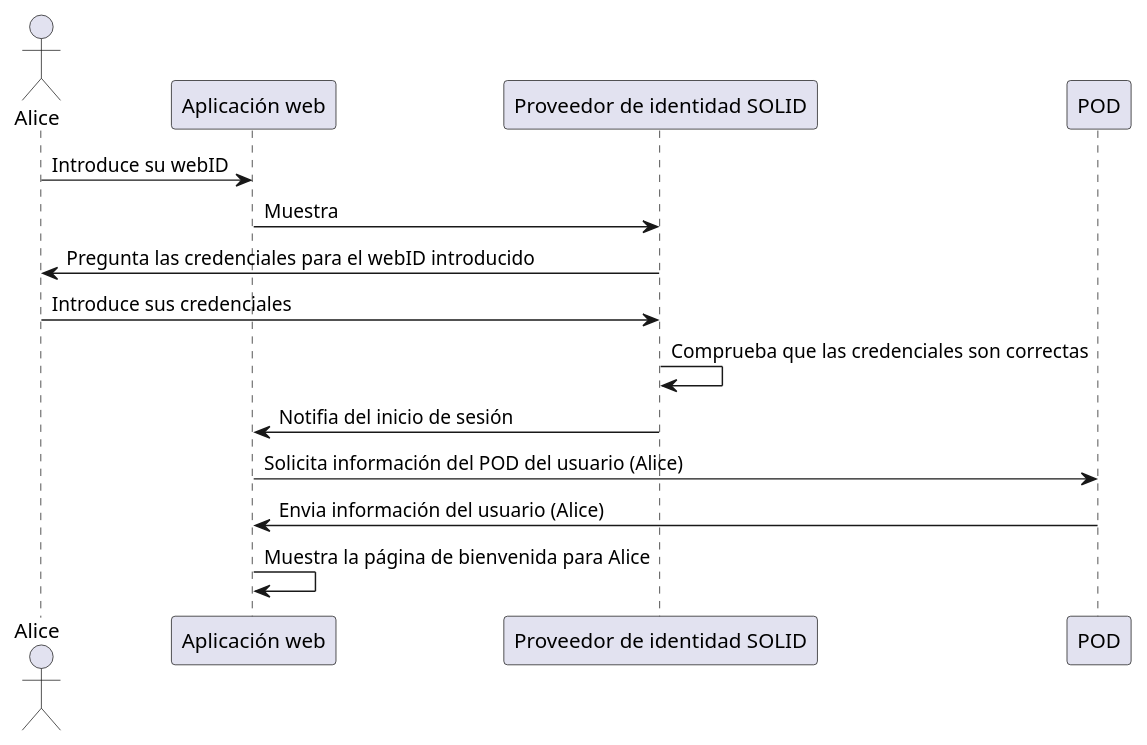
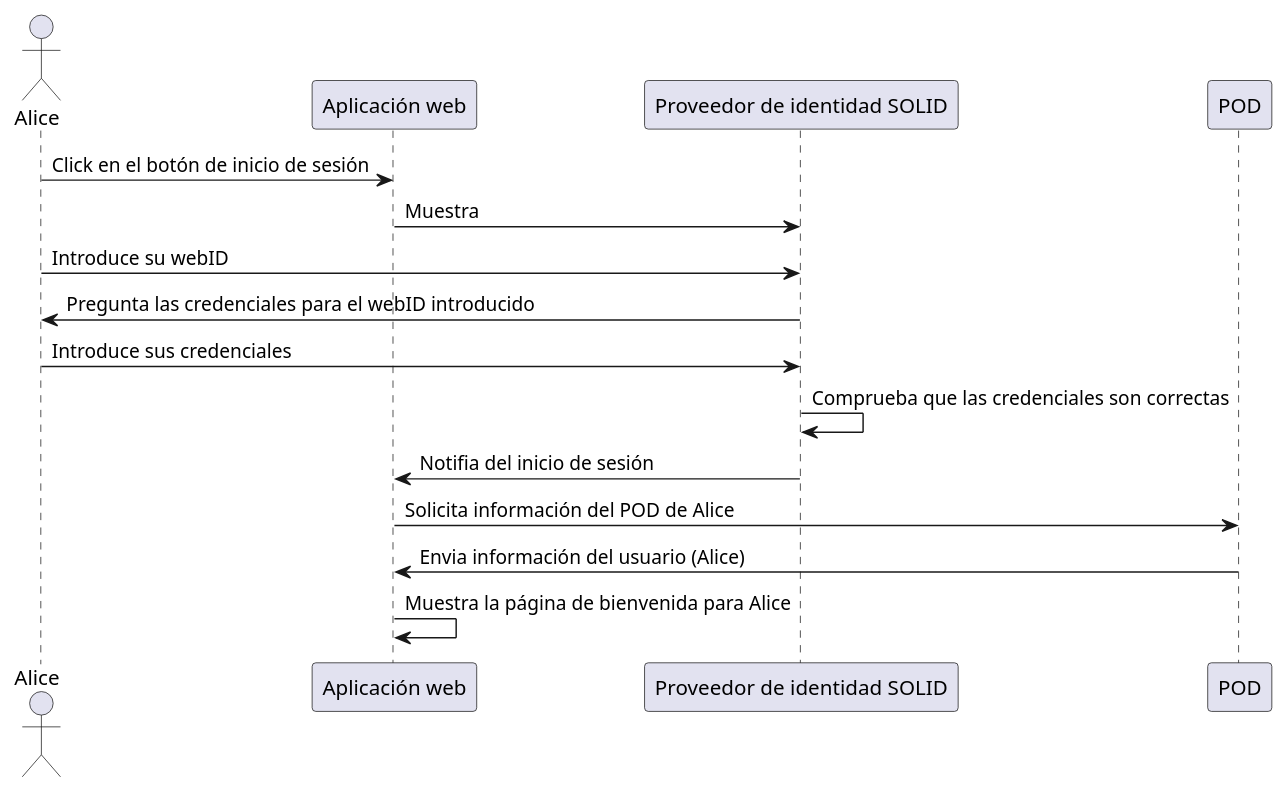
One commit to Arquisoft/radarin_es4b changed the first of 7 diagrams in webapp/docs/06_runtime_view.adoc. Above: the diagram before and after it, drawn with PlantUML.

Commit message:
Actualización diagrama inicio de sesión (web) documentación

```diff
--- a/webapp/docs/06_runtime_view.adoc
+++ b/webapp/docs/06_runtime_view.adoc
@@ -9,16 +9,17 @@
 [plantuml,"Iniciar sesión app web",png]
 ----
 actor Alice
 participant "Aplicación web"
 participant "Proveedor de identidad SOLID"
 participant "POD"
-Alice -> "Aplicación web": Introduce su webID
+Alice -> "Aplicación web": Click en el botón de inicio de sesión
 "Aplicación web" -> "Proveedor de identidad SOLID": Muestra
+Alice -> "Proveedor de identidad SOLID": Introduce su webID
 "Proveedor de identidad SOLID" -> "Alice": Pregunta las credenciales para el webID introducido
 "Alice" -> "Proveedor de identidad SOLID": Introduce sus credenciales
 "Proveedor de identidad SOLID" -> "Proveedor de identidad SOLID": Comprueba que las credenciales son correctas
 "Proveedor de identidad SOLID" -> "Aplicación web": Notifia del inicio de sesión
-"Aplicación web" -> "POD": Solicita información del POD del usuario (Alice) 
+"Aplicación web" -> "POD": Solicita información del POD de Alice
 "POD" -> "Aplicación web": Envia información del usuario (Alice) 
 "Aplicación web" -> "Aplicación web": Muestra la página de bienvenida para Alice
 ----
```
